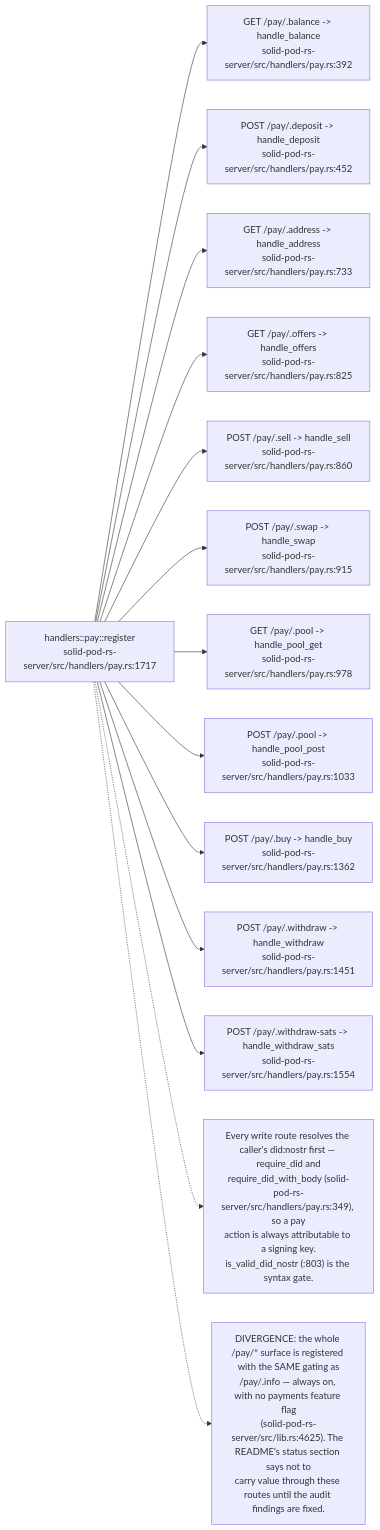
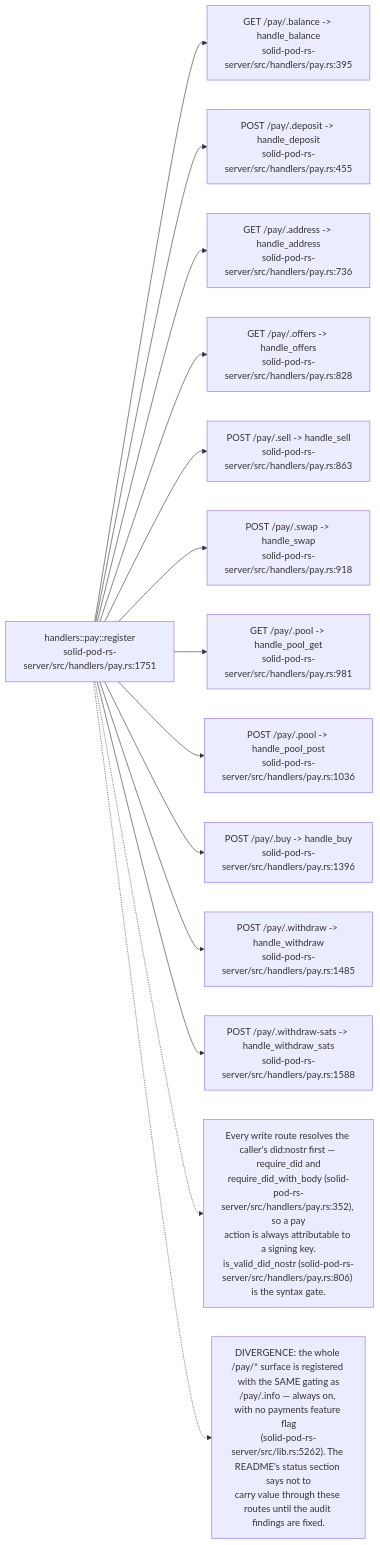
One commit to DreamLab-AI/VisionFlow changed diagram 13 of 19 in docs/diagrams/solid-pod-rs/07-provenance-and-payments.md. Above: the diagram before and after it, drawn with Mermaid. The commit also changed other lines of this file and 160 other files, not shown here.

````diff
--- a/docs/diagrams/solid-pod-rs/07-provenance-and-payments.md
+++ b/docs/diagrams/solid-pod-rs/07-provenance-and-payments.md
@@ -406,32 +417,32 @@
 ```mermaid
 flowchart LR
-    REG["handlers::pay::register<br/>solid-pod-rs-server/src/handlers/pay.rs:1717"]
-    BAL["GET /pay/.balance -> handle_balance<br/>solid-pod-rs-server/src/handlers/pay.rs:392"]
-    DEP["POST /pay/.deposit -> handle_deposit<br/>solid-pod-rs-server/src/handlers/pay.rs:452"]
-    ADDR["GET /pay/.address -> handle_address<br/>solid-pod-rs-server/src/handlers/pay.rs:733"]
-    OFF["GET /pay/.offers -> handle_offers<br/>solid-pod-rs-server/src/handlers/pay.rs:825"]
-    SELL["POST /pay/.sell -> handle_sell<br/>solid-pod-rs-server/src/handlers/pay.rs:860"]
-    SWAP["POST /pay/.swap -> handle_swap<br/>solid-pod-rs-server/src/handlers/pay.rs:915"]
-    POOLG["GET /pay/.pool -> handle_pool_get<br/>solid-pod-rs-server/src/handlers/pay.rs:978"]
-    POOLP["POST /pay/.pool -> handle_pool_post<br/>solid-pod-rs-server/src/handlers/pay.rs:1033"]
-    BUY["POST /pay/.buy -> handle_buy<br/>solid-pod-rs-server/src/handlers/pay.rs:1362"]
-    WD["POST /pay/.withdraw -> handle_withdraw<br/>solid-pod-rs-server/src/handlers/pay.rs:1451"]
-    WDS["POST /pay/.withdraw-sats -> handle_withdraw_sats<br/>solid-pod-rs-server/src/handlers/pay.rs:1554"]
+    REG["handlers::pay::register<br/>solid-pod-rs-server/src/handlers/pay.rs:1751"]
+    BAL["GET /pay/.balance -> handle_balance<br/>solid-pod-rs-server/src/handlers/pay.rs:395"]
+    DEP["POST /pay/.deposit -> handle_deposit<br/>solid-pod-rs-server/src/handlers/pay.rs:455"]
+    ADDR["GET /pay/.address -> handle_address<br/>solid-pod-rs-server/src/handlers/pay.rs:736"]
+    OFF["GET /pay/.offers -> handle_offers<br/>solid-pod-rs-server/src/handlers/pay.rs:828"]
+    SELL["POST /pay/.sell -> handle_sell<br/>solid-pod-rs-server/src/handlers/pay.rs:863"]
+    SWAP["POST /pay/.swap -> handle_swap<br/>solid-pod-rs-server/src/handlers/pay.rs:918"]
+    POOLG["GET /pay/.pool -> handle_pool_get<br/>solid-pod-rs-server/src/handlers/pay.rs:981"]
+    POOLP["POST /pay/.pool -> handle_pool_post<br/>solid-pod-rs-server/src/handlers/pay.rs:1036"]
+    BUY["POST /pay/.buy -> handle_buy<br/>solid-pod-rs-server/src/handlers/pay.rs:1396"]
+    WD["POST /pay/.withdraw -> handle_withdraw<br/>solid-pod-rs-server/src/handlers/pay.rs:1485"]
+    WDS["POST /pay/.withdraw-sats -> handle_withdraw_sats<br/>solid-pod-rs-server/src/handlers/pay.rs:1588"]
 
     REG --> BAL
     REG --> DEP
     REG --> ADDR
     REG --> OFF
     REG --> SELL
     REG --> SWAP
     REG --> POOLG
     REG --> POOLP
     REG --> BUY
     REG --> WD
     REG --> WDS
 
-    N["Every write route resolves the caller's did:nostr first — require_did and<br/>require_did_with_body (solid-pod-rs-server/src/handlers/pay.rs:349), so a pay<br/>action is always attributable to a signing key.<br/>is_valid_did_nostr (:803) is the syntax gate."]
+    N["Every write route resolves the caller's did:nostr first — require_did and<br/>require_did_with_body (solid-pod-rs-server/src/handlers/pay.rs:352), so a pay<br/>action is always attributable to a signing key.<br/>is_valid_did_nostr (solid-pod-rs-server/src/handlers/pay.rs:806) is the syntax gate."]
     REG -.-> N
-    N2["DIVERGENCE: the whole /pay/* surface is registered with the SAME gating as<br/>/pay/.info — always on, with no payments feature flag<br/>(solid-pod-rs-server/src/lib.rs:4625). The README's status section says not to<br/>carry value through these routes until the audit findings are fixed."]
+    N2["DIVERGENCE: the whole /pay/* surface is registered with the SAME gating as<br/>/pay/.info — always on, with no payments feature flag<br/>(solid-pod-rs-server/src/lib.rs:5262). The README's status section says not to<br/>carry value through these routes until the audit findings are fixed."]
     REG -.-> N2
 ```
````
